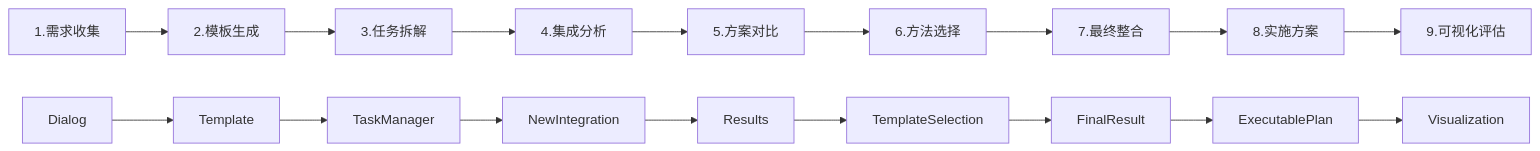
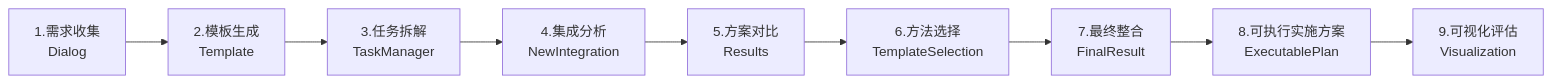
Before and after one commit to openKG-field/Yuanchuang_Platform: the diagram in README.md, drawn with Mermaid.

Commit message:
feat: 优化工作流程图，使用更清晰的步骤描述和标签

````diff
--- a/README.md
+++ b/README.md
@@ -43,20 +43,11 @@
 ```mermaid
 graph LR
-    A[1.需求收集] --> B[2.模板生成]
-    B --> C[3.任务拆解]
-    C --> D[4.集成分析]
-    D --> E[5.方案对比]
-    E --> F[6.方法选择]
-    F --> G[7.最终整合]
-    G --> H[8.实施方案]
-    H --> I[9.可视化评估]
-    
-    A1[Dialog] --> B1[Template]
-    B1 --> C1[TaskManager]
-    C1 --> D1[NewIntegration]
-    D1 --> E1[Results]
-    E1 --> F1[TemplateSelection]
-    F1 --> G1[FinalResult]
-    G1 --> H1[ExecutablePlan]
-    H1 --> I1[Visualization]
+    Step1[1.需求收集<br/>Dialog] --> Step2[2.模板生成<br/>Template]
+    Step2 --> Step3[3.任务拆解<br/>TaskManager]
+    Step3 --> Step4[4.集成分析<br/>NewIntegration]
+    Step4 --> Step5[5.方案对比<br/>Results]
+    Step5 --> Step6[6.方法选择<br/>TemplateSelection]
+    Step6 --> Step7[7.最终整合<br/>FinalResult]
+    Step7 --> Step8[8.可执行实施方案<br/>ExecutablePlan]
+    Step8 --> Step9[9.可视化评估<br/>Visualization]
 ```
````
